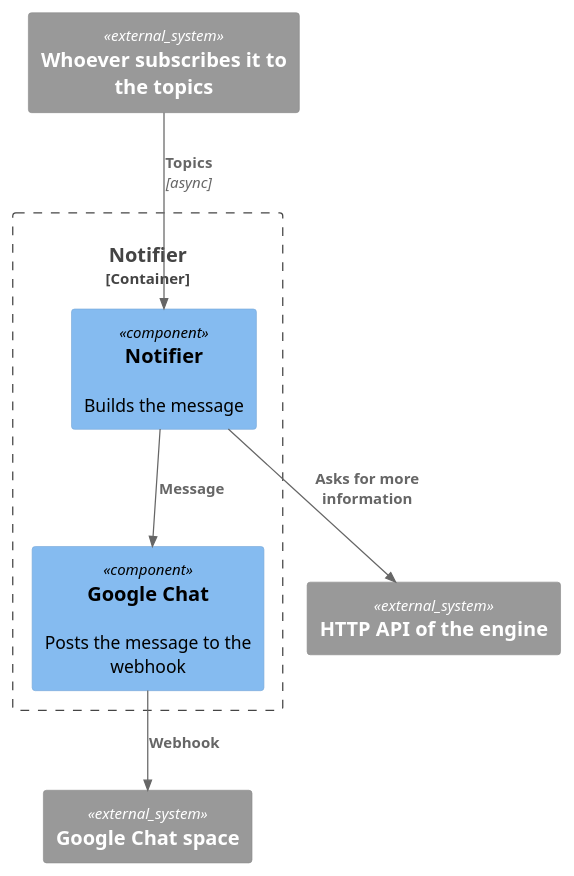
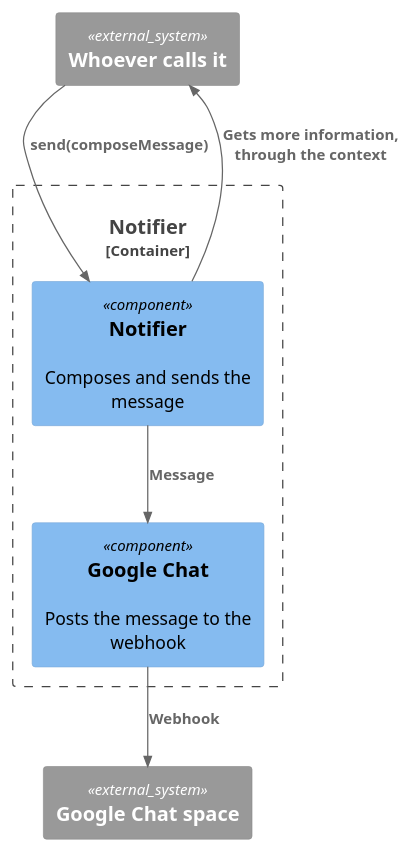
One commit to longlh/superteam changed the diagram in docs/05_building-blocks/notifier/notifier.md. Above: the diagram before and after it, drawn with PlantUML. The commit also changed other lines of this file and 30 other files, not shown here.

````diff
--- a/docs/05_building-blocks/notifier/notifier.md
+++ b/docs/05_building-blocks/notifier/notifier.md
@@ -12,19 +16,18 @@
 ```plantuml
 @startuml
 !include <C4/C4_Component>
 
-System_Ext(source, "Whoever subscribes it to the topics", "")
-System_Ext(api, "HTTP API of the engine", "")
+System_Ext(caller, "Whoever calls it", "")
 System_Ext(space, "Google Chat space", "")
 
 Container_Boundary(notifier, "Notifier") {
-  Component(core, "Notifier", "", "Builds the message")
+  Component(core, "Notifier", "", "Composes and sends the message")
   Component(gchat, "Google Chat", "", "Posts the message to the webhook")
 }
 
-Rel(source, core, "Topics", "async")
-Rel(core, api, "Asks for more information")
+Rel(caller, core, "send(composeMessage)")
+Rel(core, caller, "Gets more information, through the context")
 Rel(core, gchat, "Message")
 Rel(gchat, space, "Webhook")
 @enduml
 ```
````
